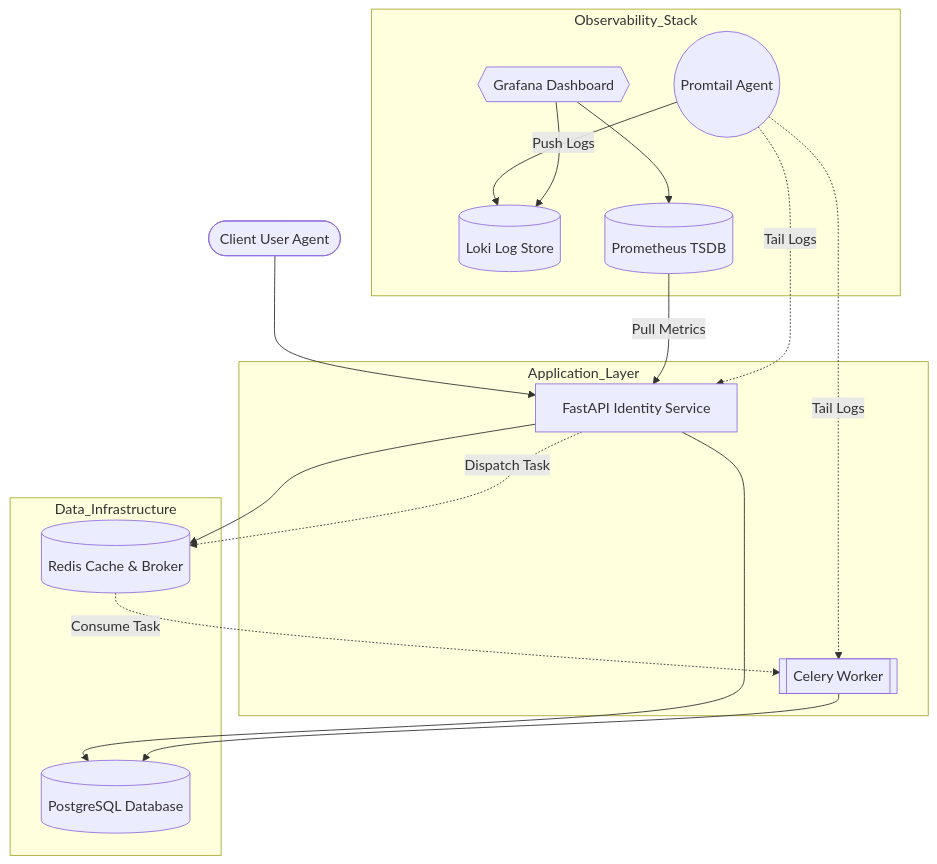
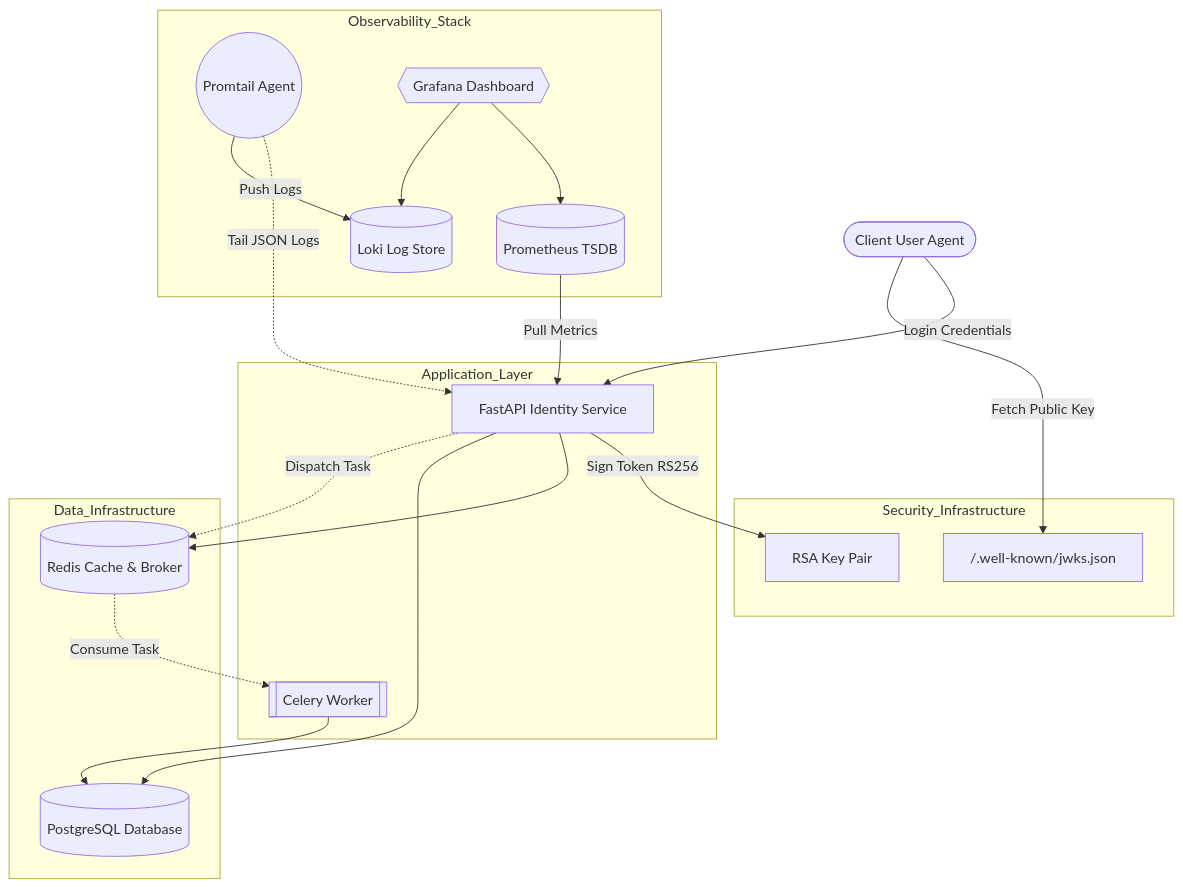
One commit to F64116045/Identity-Service changed the diagram in README.md. Above: the diagram before and after it, drawn with Mermaid. The commit also changed other lines of this file and 9 other files, not shown here.

````diff
--- a/README.md
+++ b/README.md
@@ -9,45 +10,43 @@
 ```mermaid
 flowchart TD
-    
-
     User([Client User Agent])
 
     subgraph Application_Layer
         API[FastAPI Identity Service]
         Worker[[Celery Worker]]
+    end
+
+    subgraph Security_Infrastructure
+        Keys[RSA Key Pair]
+        JWKS["/.well-known/jwks.json"]
     end
 
     subgraph Data_Infrastructure
         Redis[(Redis Cache & Broker)]
         PG[(PostgreSQL Database)]
     end
 
     subgraph Observability_Stack
         Promtail((Promtail Agent))
-        
         Loki[(Loki Log Store)]
         Prometheus[(Prometheus TSDB)]
-        
         Grafana{{Grafana Dashboard}}
     end
 
-
-    User --> API
+    User -->|Login Credentials| API
+    API -->|Sign Token RS256| Keys
+    User -->|Fetch Public Key| JWKS
+    
     API --> Redis
     API --> PG
-    
 
     API -.->|Dispatch Task| Redis
     Redis -.->|Consume Task| Worker
     Worker --> PG
 
-
     Prometheus -->|Pull Metrics| API
-    Promtail -.->|Tail Logs| API
-    Promtail -.->|Tail Logs| Worker
+    Promtail -.->|Tail JSON Logs| API
     Promtail -->|Push Logs| Loki
-    
-
     Grafana --> Prometheus
     Grafana --> Loki
 ```
````
